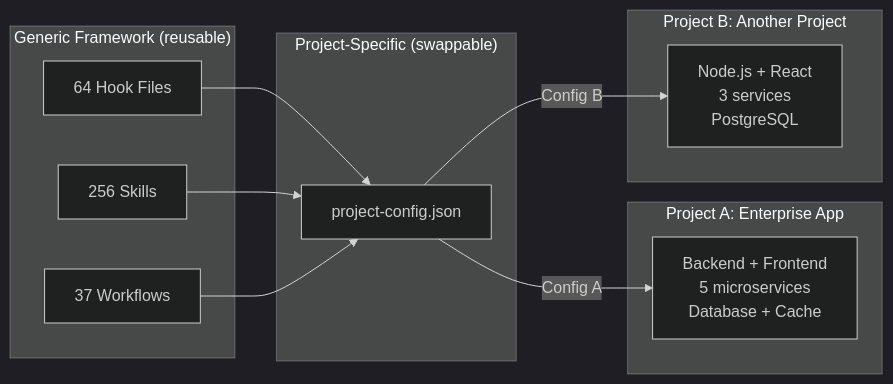
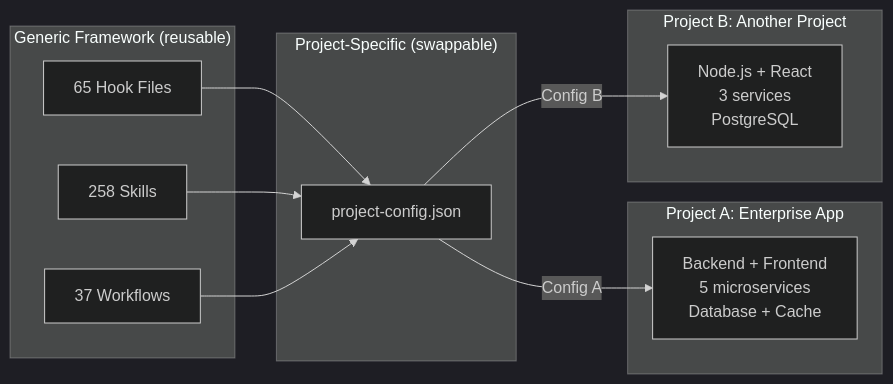
The eighth of 20 diagrams in .claude/docs/claude-ai-agent-framework-guide.md (duc01226/easy-claude), drawn with Mermaid (dark theme) before and after one commit. The commit also changed other lines of this file and 372 other files, not shown here.

````diff
--- a/.claude/docs/claude-ai-agent-framework-guide.md
+++ b/.claude/docs/claude-ai-agent-framework-guide.md
@@ -919,24 +917,24 @@
 ```mermaid
 graph LR
     subgraph "Generic Framework (reusable)"
-        H[64 Hook Files]
-        S[256 Skills]
+        H[65 Hook Files]
+        S[258 Skills]
         W[37 Workflows]
     end
 
     subgraph "Project-Specific (swappable)"
         PC[project-config.json]
     end
 
     subgraph "Project A: Enterprise App"
         PA[Backend + Frontend<br/>5 microservices<br/>Database + Cache]
     end
 
     subgraph "Project B: Another Project"
         PB[Node.js + React<br/>3 services<br/>PostgreSQL]
     end
 
     H & S & W --> PC
     PC -->|Config A| PA
     PC -->|Config B| PB
 ```
````
